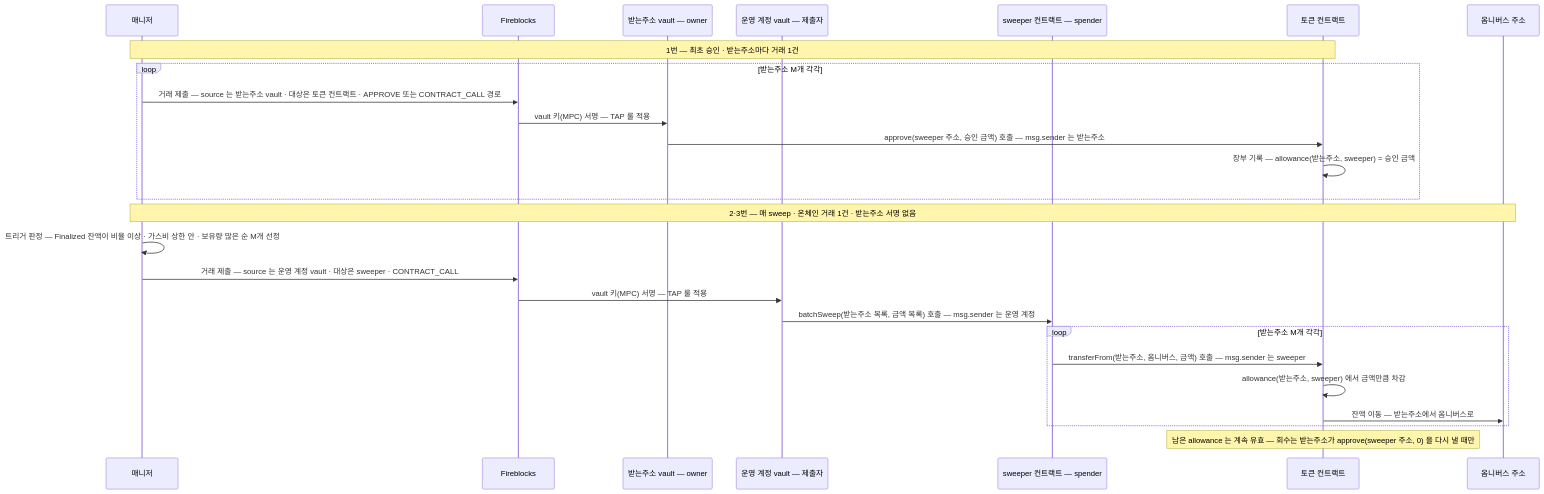
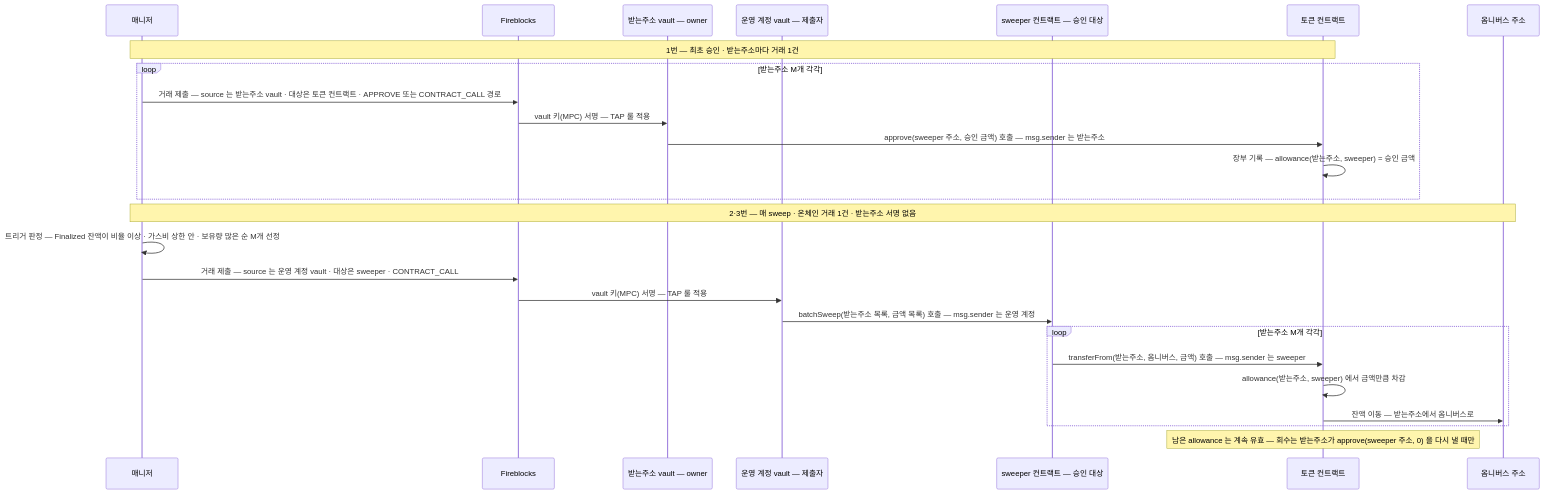
One commit to eunsujeo/eunpus changed the second of 3 diagrams in blockchain-manager/docs/BC/설계/98-batch-sweep.md. Above: the diagram before and after it, drawn with Mermaid. The commit also changed other lines of this file and 3 other files, not shown here.

````diff
--- a/blockchain-manager/docs/BC/설계/98-batch-sweep.md
+++ b/blockchain-manager/docs/BC/설계/98-batch-sweep.md
@@ -113,29 +113,29 @@
 ```mermaid
 sequenceDiagram
   participant M as 매니저
   participant F as Fireblocks
   participant R as 받는주소 vault — owner
   participant O as 운영 계정 vault — 제출자
-  participant S as sweeper 컨트랙트 — spender
+  participant S as sweeper 컨트랙트 — 승인 대상
   participant T as 토큰 컨트랙트
   participant P as 옴니버스 주소
 
   Note over M,T: 1번 — 최초 승인 · 받는주소마다 거래 1건
   loop 받는주소 M개 각각
     M->>F: 거래 제출 — source 는 받는주소 vault · 대상은 토큰 컨트랙트 · APPROVE 또는 CONTRACT_CALL 경로
     F->>R: vault 키(MPC) 서명 — TAP 룰 적용
     R->>T: approve(sweeper 주소, 승인 금액) 호출 — msg.sender 는 받는주소
     T->>T: 장부 기록 — allowance(받는주소, sweeper) = 승인 금액
   end
   Note over M,P: 2·3번 — 매 sweep · 온체인 거래 1건 · 받는주소 서명 없음
   M->>M: 트리거 판정 — Finalized 잔액이 비율 이상 · 가스비 상한 안 · 보유량 많은 순 M개 선정
   M->>F: 거래 제출 — source 는 운영 계정 vault · 대상은 sweeper · CONTRACT_CALL
   F->>O: vault 키(MPC) 서명 — TAP 룰 적용
   O->>S: batchSweep(받는주소 목록, 금액 목록) 호출 — msg.sender 는 운영 계정
   loop 받는주소 M개 각각
     S->>T: transferFrom(받는주소, 옴니버스, 금액) 호출 — msg.sender 는 sweeper
     T->>T: allowance(받는주소, sweeper) 에서 금액만큼 차감
     T->>P: 잔액 이동 — 받는주소에서 옴니버스로
   end
   Note over T: 남은 allowance 는 계속 유효 — 회수는 받는주소가 approve(sweeper 주소, 0) 을 다시 낼 때만
 ```
````
